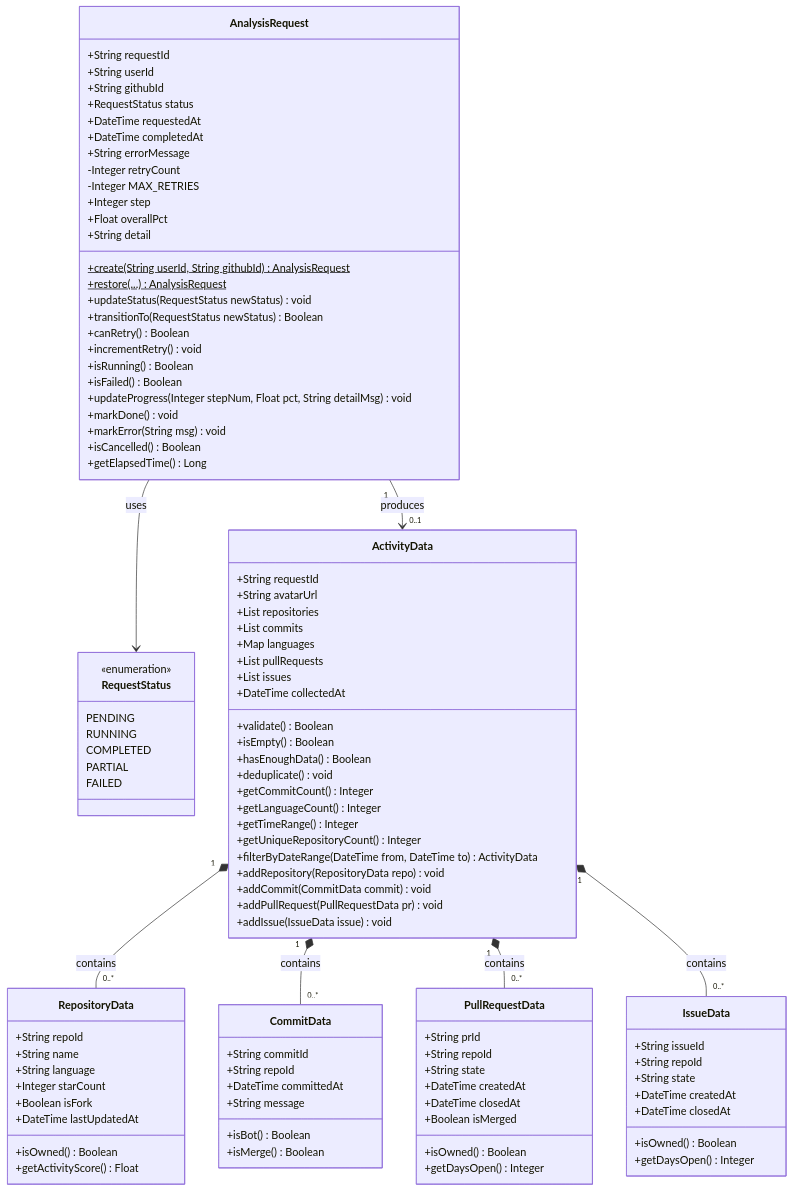
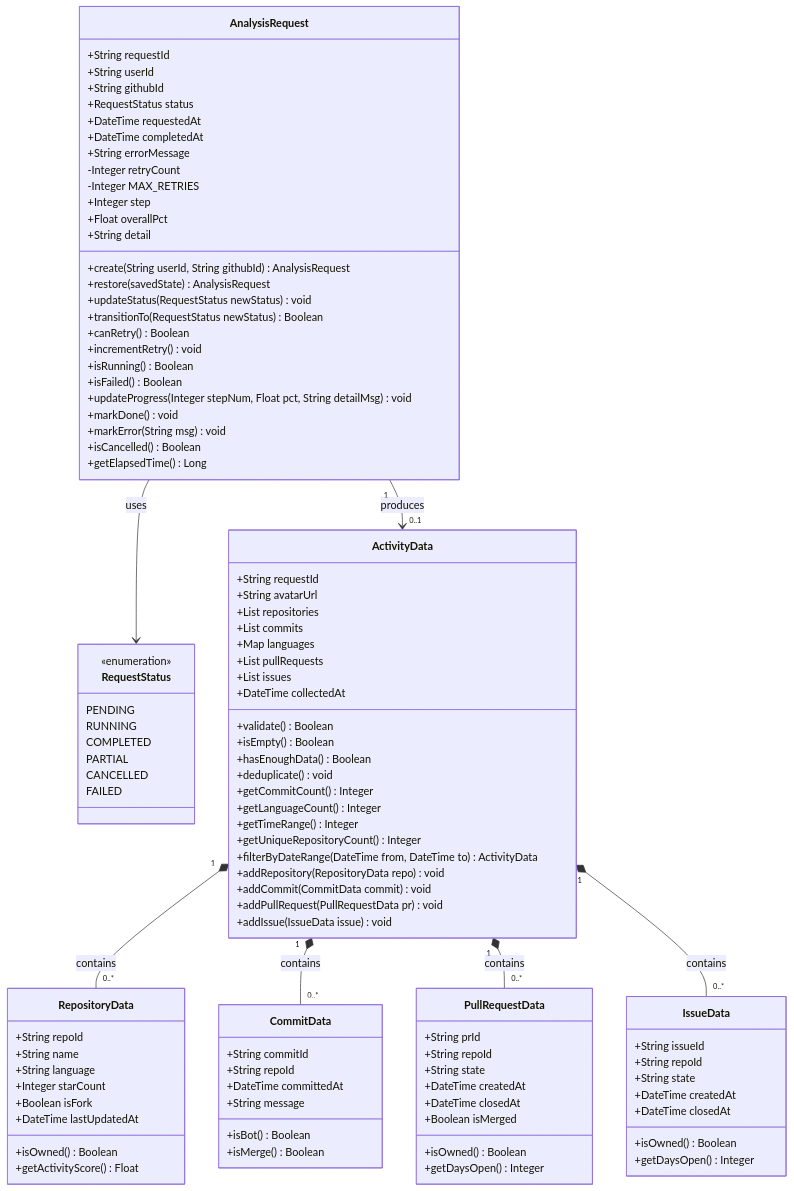
Before and after one commit to NotHyoone/OSS_Design: the fourth of 20 diagrams in docs/project/[Design]22212046_안효원.md, drawn with Mermaid. The commit also changed other lines of this file and 4 other files, not shown here.

Commit message:
docs: sync project diagrams with implementation

```diff
--- a/docs/project/[Design]22212046_안효원.md
+++ b/docs/project/[Design]22212046_안효원.md
@@ -305,8 +307,8 @@
         +Integer step
         +Float overallPct
         +String detail
-        +create(String userId, String githubId)$ AnalysisRequest
-        +restore(...)$ AnalysisRequest
+        +create(String userId, String githubId) AnalysisRequest
+        +restore(savedState) AnalysisRequest
         +updateStatus(RequestStatus newStatus) void
         +transitionTo(RequestStatus newStatus) Boolean
         +canRetry() Boolean
@@ -326,6 +328,7 @@
         RUNNING
         COMPLETED
         PARTIAL
+        CANCELLED
         FAILED
     }
 
```
